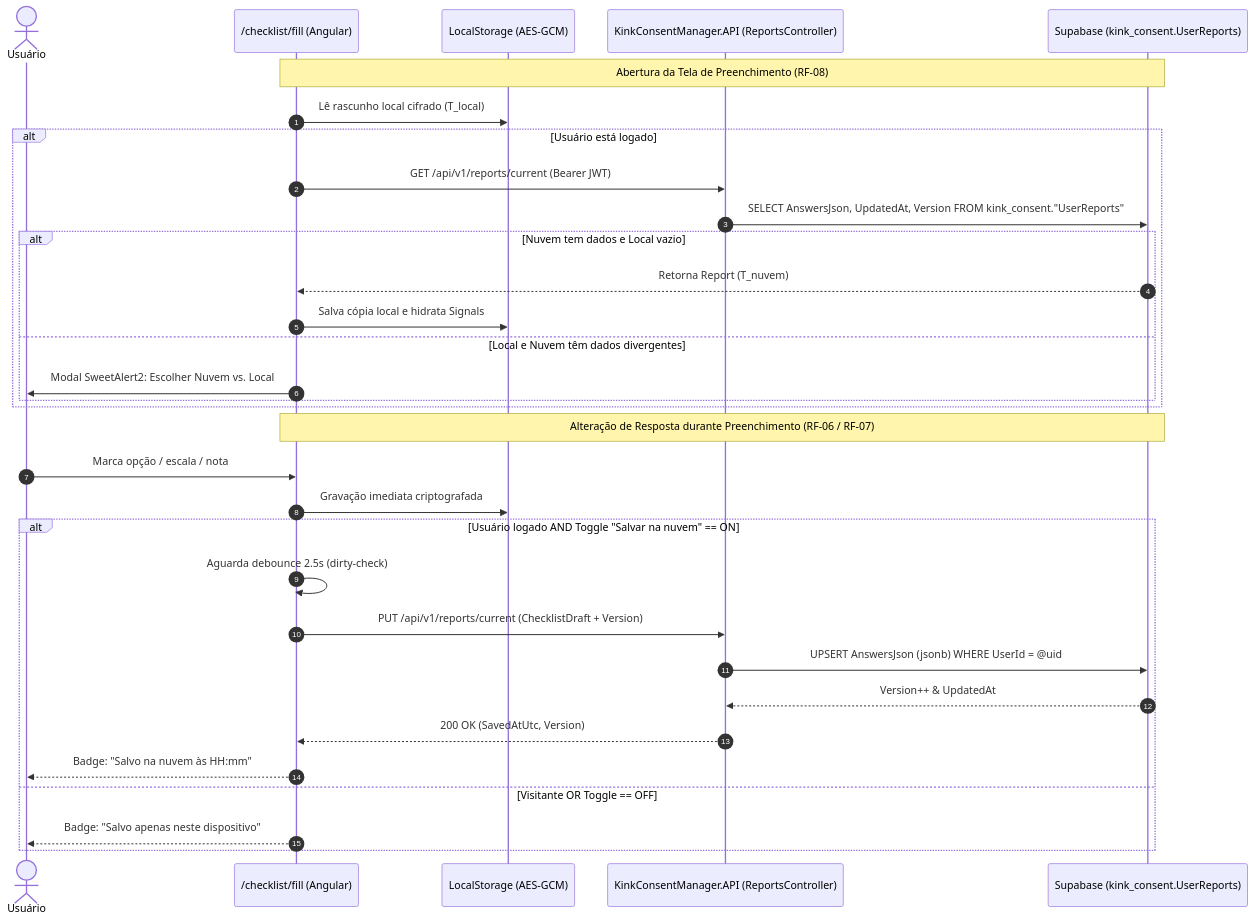
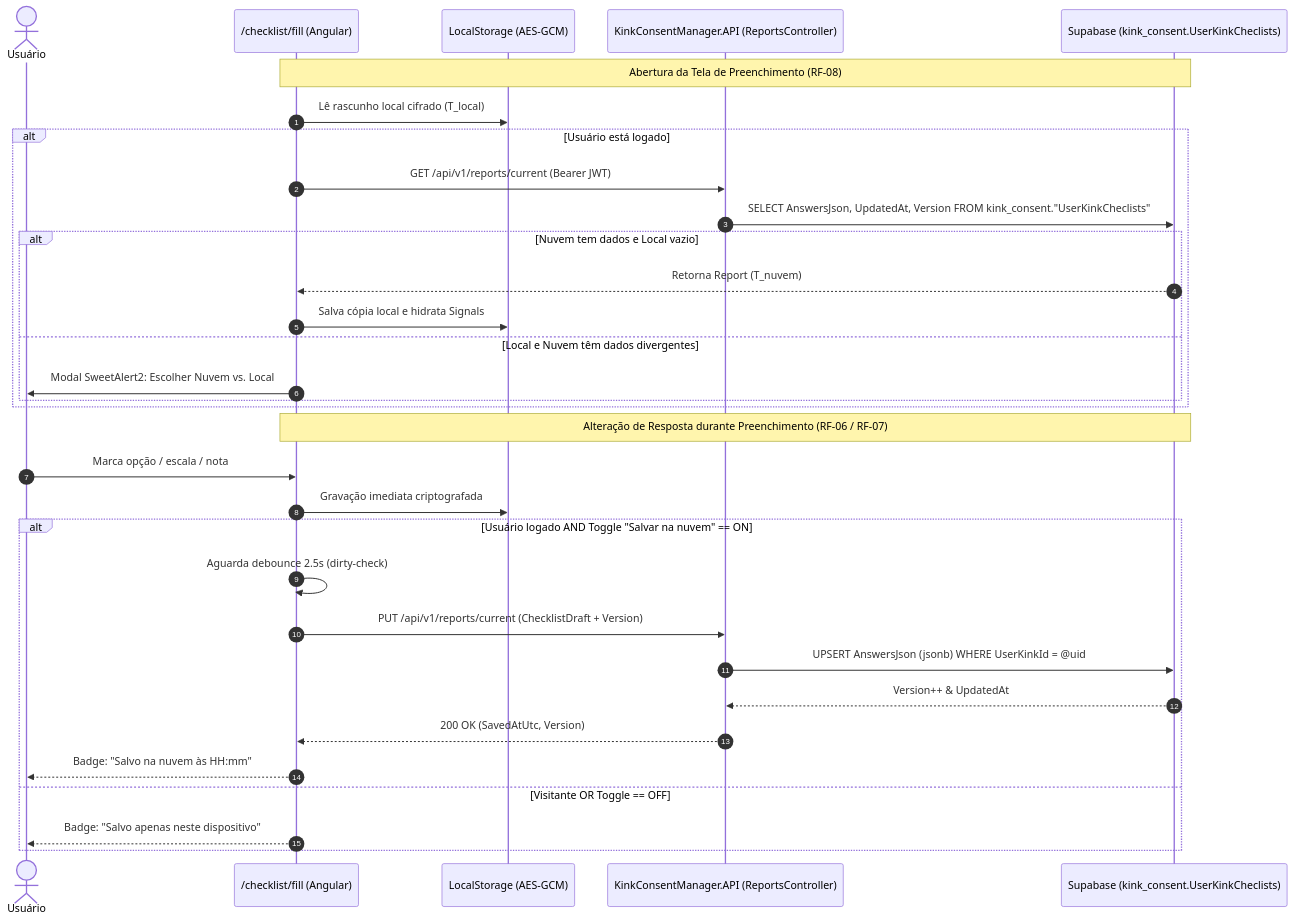
One commit to LeoneRocha/kinkconsentmanager changed the second of 3 diagrams in docs/Backend/DOCUMENTO_FUNCIONAL_AUTENTICACAO_E_SYNC.md. Above: the diagram before and after it, drawn with Mermaid. The commit also changed other lines of this file and 5 other files, not shown here.

````diff
--- a/docs/Backend/DOCUMENTO_FUNCIONAL_AUTENTICACAO_E_SYNC.md
+++ b/docs/Backend/DOCUMENTO_FUNCIONAL_AUTENTICACAO_E_SYNC.md
@@ -320,36 +320,36 @@
 ```mermaid
 sequenceDiagram
     autonumber
     actor User as Usuário
     participant UI as /checklist/fill (Angular)
     participant Local as LocalStorage (AES-GCM)
     participant API as KinkConsentManager.API (ReportsController)
-    participant DB as Supabase (kink_consent.UserReports)
+    participant DB as Supabase (kink_consent.UserKinkCheclists)
 
     Note over UI,DB: Abertura da Tela de Preenchimento (RF-08)
     UI->>Local: Lê rascunho local cifrado (T_local)
     alt Usuário está logado
         UI->>API: GET /api/v1/reports/current (Bearer JWT)
-        API->>DB: SELECT AnswersJson, UpdatedAt, Version FROM kink_consent."UserReports"
+        API->>DB: SELECT AnswersJson, UpdatedAt, Version FROM kink_consent."UserKinkCheclists"
         alt Nuvem tem dados e Local vazio
             DB-->>UI: Retorna Report (T_nuvem)
             UI->>Local: Salva cópia local e hidrata Signals
         else Local e Nuvem têm dados divergentes
             UI->>User: Modal SweetAlert2: Escolher Nuvem vs. Local
         end
     end
 
     Note over UI,DB: Alteração de Resposta durante Preenchimento (RF-06 / RF-07)
     User->>UI: Marca opção / escala / nota
     UI->>Local: Gravação imediata criptografada
     alt Usuário logado AND Toggle "Salvar na nuvem" == ON
         UI->>UI: Aguarda debounce 2.5s (dirty-check)
         UI->>API: PUT /api/v1/reports/current (ChecklistDraft + Version)
-        API->>DB: UPSERT AnswersJson (jsonb) WHERE UserId = @uid
+        API->>DB: UPSERT AnswersJson (jsonb) WHERE UserKinkId = @uid
         DB-->>API: Version++ & UpdatedAt
         API-->>UI: 200 OK (SavedAtUtc, Version)
         UI-->>User: Badge: "Salvo na nuvem às HH:mm"
     else Visitante OR Toggle == OFF
         UI-->>User: Badge: "Salvo apenas neste dispositivo"
     end
 ```
````
